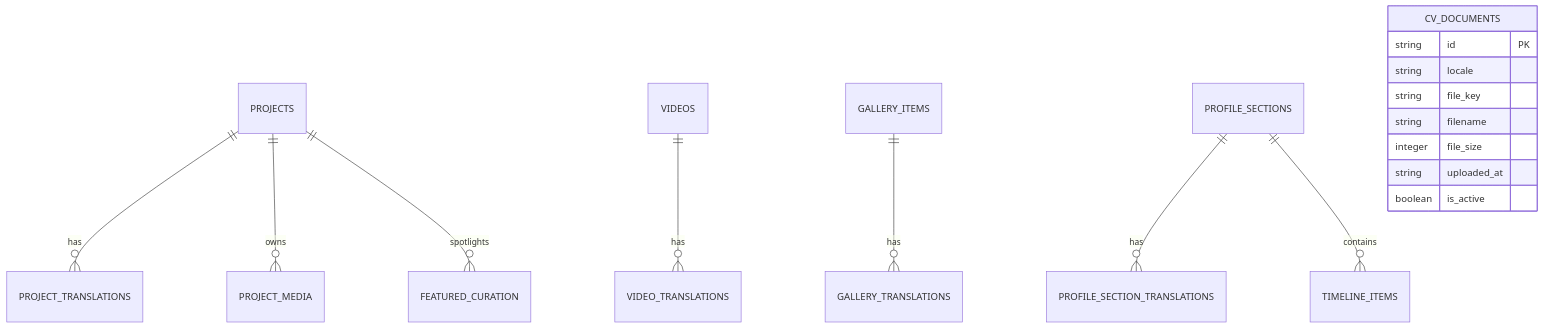
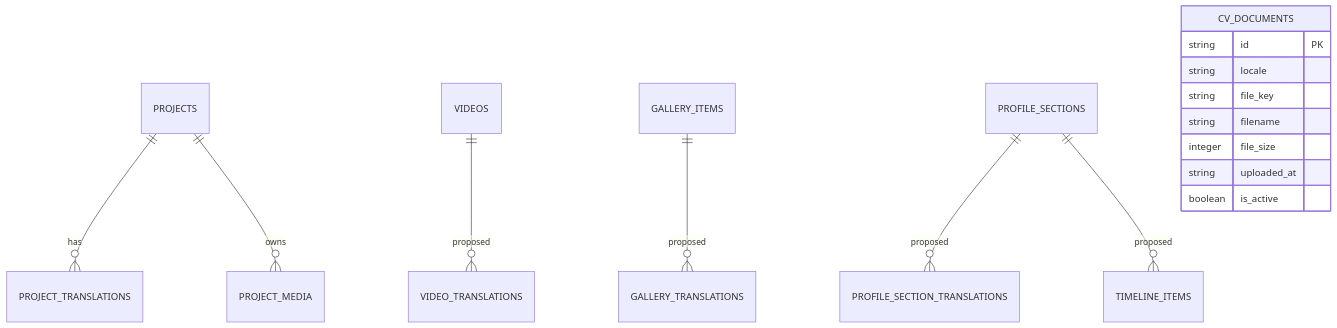
One commit to eigengraun/kerem-mihci-portfolio changed the diagram in docs/reviews/PORTFOLIO_OS_FULL_CMS_UX_AUDIT.md. Above: the diagram before and after it, drawn with Mermaid. The commit also changed other lines of this file and 22 other files, not shown here.

````diff
--- a/docs/reviews/PORTFOLIO_OS_FULL_CMS_UX_AUDIT.md
+++ b/docs/reviews/PORTFOLIO_OS_FULL_CMS_UX_AUDIT.md
@@ -312,23 +316,22 @@
 ```mermaid
 erDiagram
     PROJECTS ||--o{ PROJECT_TRANSLATIONS : "has"
     PROJECTS ||--o{ PROJECT_MEDIA : "owns"
-    PROJECTS ||--o{ FEATURED_CURATION : "spotlights"
     
-    VIDEOS ||--o{ VIDEO_TRANSLATIONS : "has"
+    VIDEOS ||--o{ VIDEO_TRANSLATIONS : "proposed"
     
-    GALLERY_ITEMS ||--o{ GALLERY_TRANSLATIONS : "has"
+    GALLERY_ITEMS ||--o{ GALLERY_TRANSLATIONS : "proposed"
     
-    PROFILE_SECTIONS ||--o{ PROFILE_SECTION_TRANSLATIONS : "has"
-    PROFILE_SECTIONS ||--o{ TIMELINE_ITEMS : "contains"
+    PROFILE_SECTIONS ||--o{ PROFILE_SECTION_TRANSLATIONS : "proposed"
+    PROFILE_SECTIONS ||--o{ TIMELINE_ITEMS : "proposed"
     
     CV_DOCUMENTS {
         string id PK
         string locale
         string file_key
         string filename
         integer file_size
         string uploaded_at
         boolean is_active
     }
 ```
````
